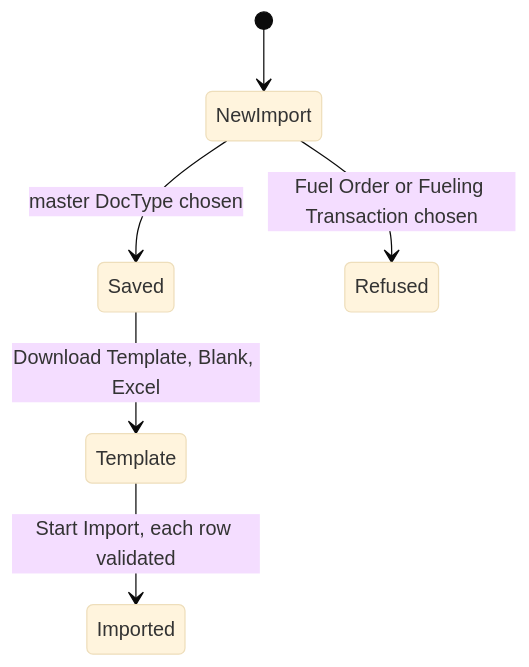
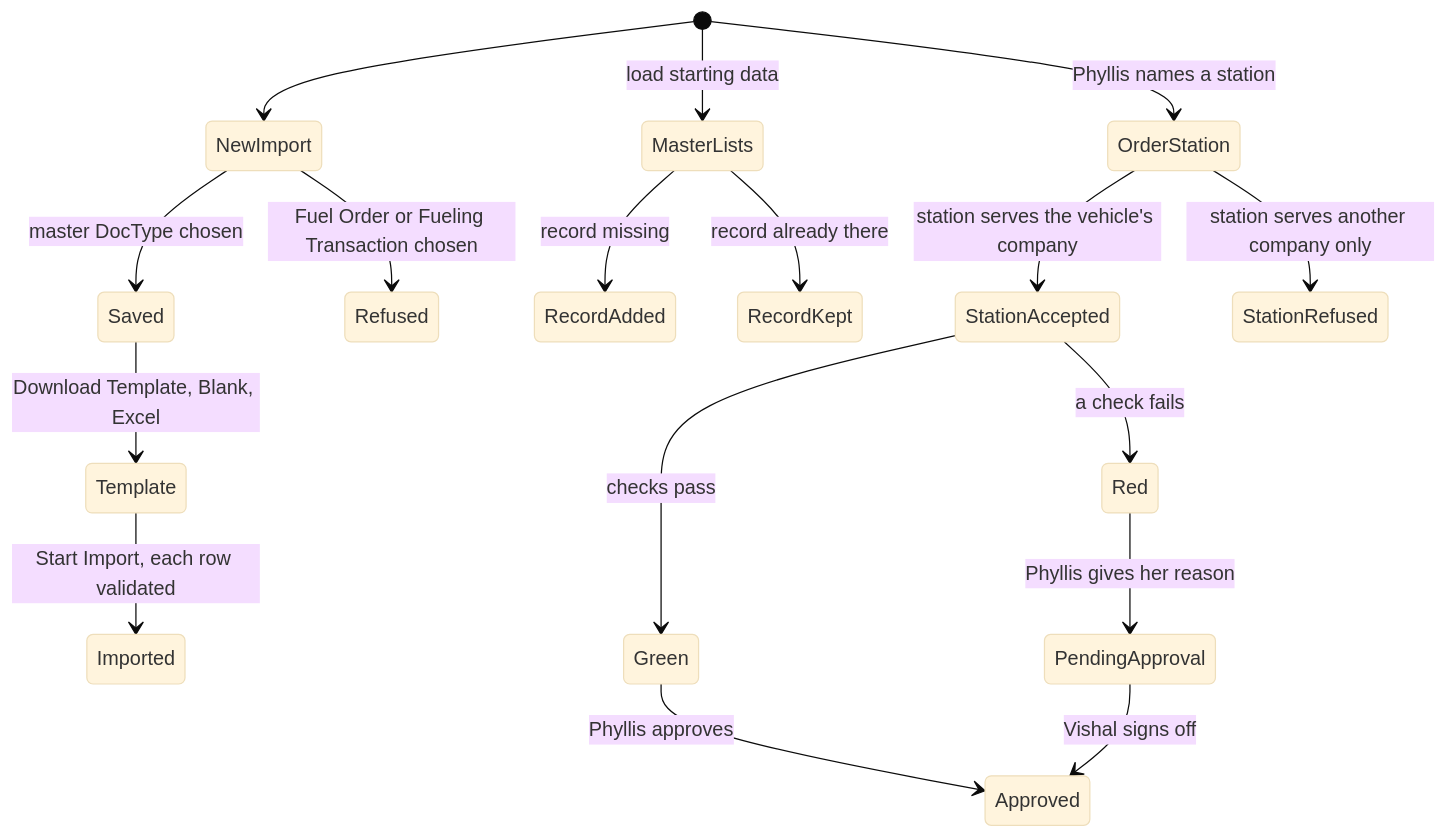
The diagram in specs/006-master-data-import/design.md (BrianKipngetich1/fleet_management), drawn with Mermaid (base theme) before and after one commit. The commit also changed other lines of this file, not shown here.

````diff
--- a/specs/006-master-data-import/design.md
+++ b/specs/006-master-data-import/design.md
@@ -48,8 +110,19 @@
 ```mermaid
 stateDiagram-v2
     [*] --> NewImport
     NewImport --> Saved: master DocType chosen
     NewImport --> Refused: Fuel Order or Fueling Transaction chosen
     Saved --> Template: Download Template, Blank, Excel
     Template --> Imported: Start Import, each row validated
+    [*] --> MasterLists: load starting data
+    MasterLists --> RecordAdded: record missing
+    MasterLists --> RecordKept: record already there
+    [*] --> OrderStation: Phyllis names a station
+    OrderStation --> StationAccepted: station serves the vehicle's company
+    OrderStation --> StationRefused: station serves another company only
+    StationAccepted --> Green: checks pass
+    StationAccepted --> Red: a check fails
+    Green --> Approved: Phyllis approves
+    Red --> PendingApproval: Phyllis gives her reason
+    PendingApproval --> Approved: Vishal signs off
 ```
````
